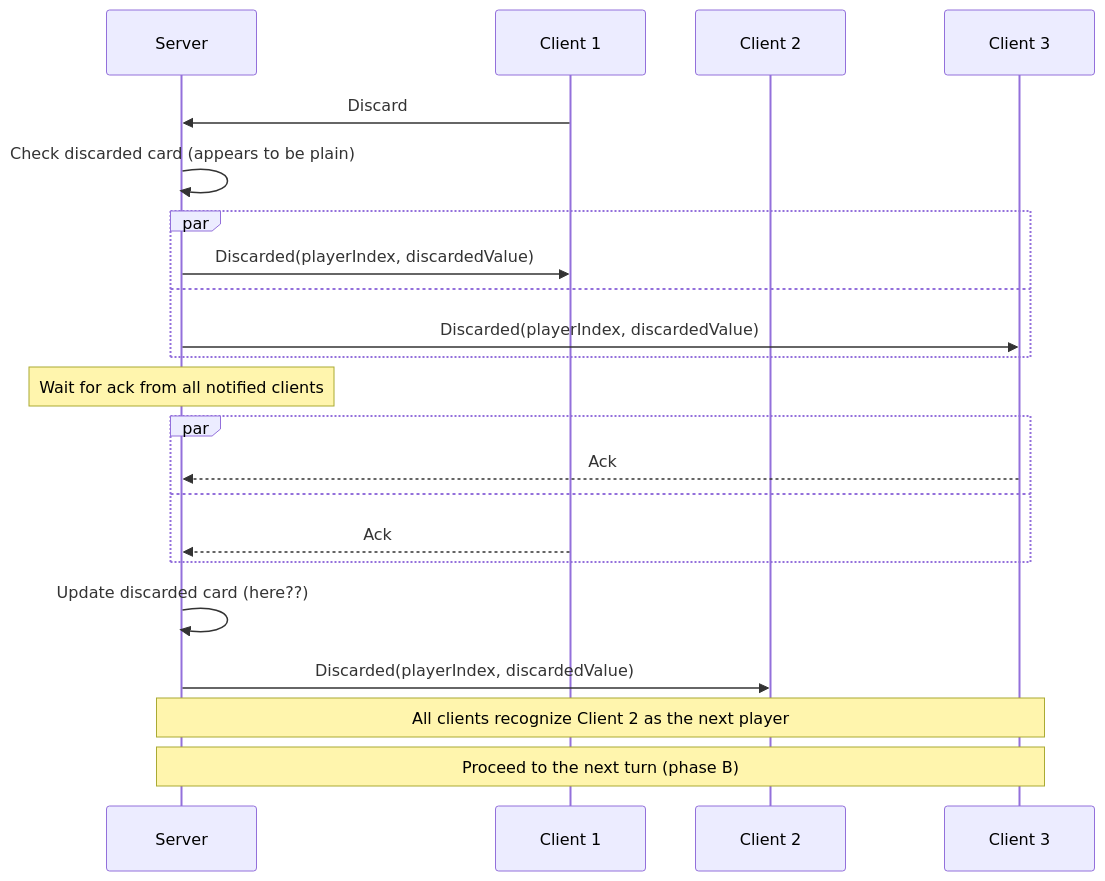
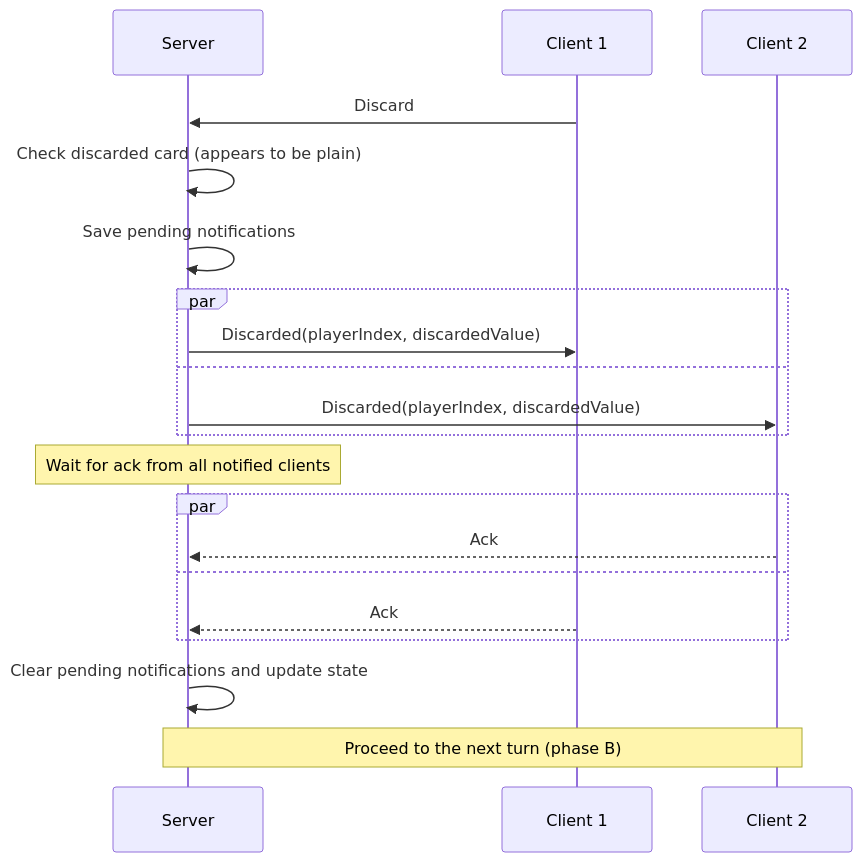
One commit to roman-zubarevich/another changed the ninth of 14 diagrams in README.md. Above: the diagram before and after it, drawn with Mermaid. The commit also changed other lines of this file, not shown here.

````diff
--- a/README.md
+++ b/README.md
@@ -204,24 +208,22 @@
 ```mermaid
 sequenceDiagram
     participant S as Server
     participant C1 as Client 1
     participant C2 as Client 2
-    participant C3 as Client 3
     C1->>S: Discard
     S->>S: Check discarded card (appears to be plain)
+    S->>S: Save pending notifications
     par
         S->>C1: Discarded(playerIndex, discardedValue)
     and
-        S->>C3: Discarded(playerIndex, discardedValue)
+        S->>C2: Discarded(playerIndex, discardedValue)
     end
     Note over S: Wait for ack from all notified clients
     par
-        C3-->>S: Ack
+        C2-->>S: Ack
     and
         C1-->>S: Ack
     end
-    S->>S: Update discarded card (here??)
-    S->>C2: Discarded(playerIndex, discardedValue)
-    Note over S,C3: All clients recognize Client 2 as the next player
-    Note over S,C3: Proceed to the next turn (phase B)
+    S->>S: Clear pending notifications and update state
+    Note over S,C2: Proceed to the next turn (phase B)
 ```
````
